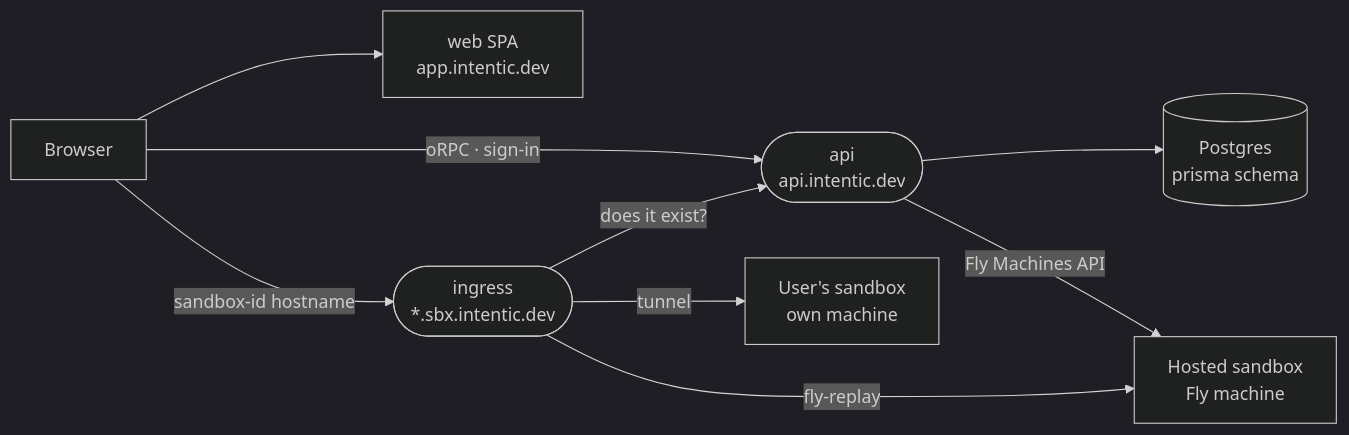
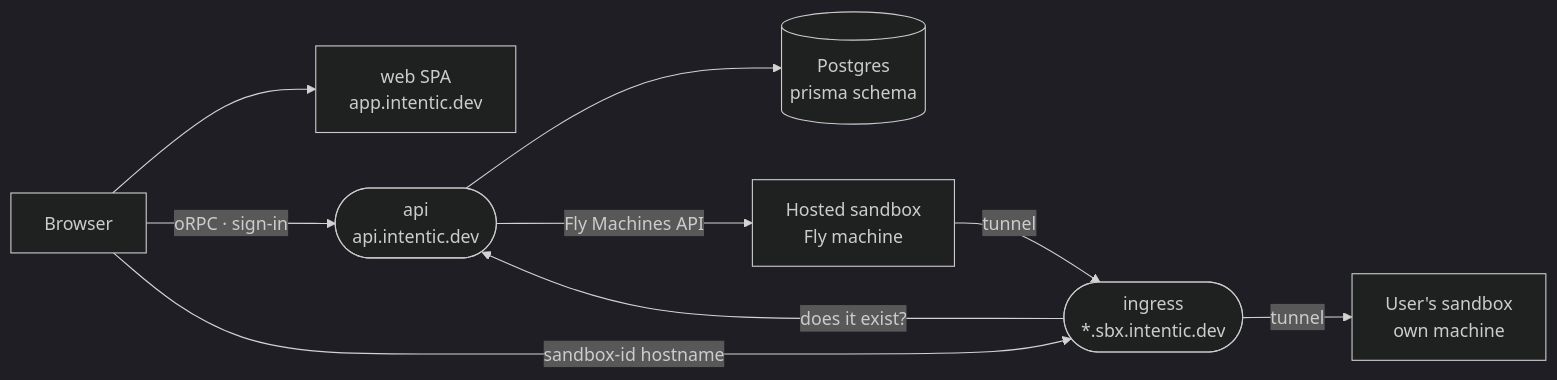
The diagram in _platform/README.md (intentic/intentic), drawn with Mermaid (dark theme) before and after one commit. The commit also changed other lines of this file and 43 other files, not shown here.

First line of the commit message:
refactor(ingress): drop fly-replay from Edge and route hosted sandboxes via tunnel

````diff
--- a/_platform/README.md
+++ b/_platform/README.md
@@ -5,11 +5,11 @@
 ```mermaid
 flowchart LR
     browser["Browser"] --> web["web SPA<br/>app.intentic.dev"]
     browser -- "oRPC · sign-in" --> api(["api<br/>api.intentic.dev"])
     api --> db[("Postgres<br/>prisma schema")]
     api -- "Fly Machines API" --> hosted["Hosted sandbox<br/>Fly machine"]
     browser -- "sandbox-id hostname" --> ingress(["ingress<br/>*.sbx.intentic.dev"])
     ingress -- "does it exist?" --> api
     ingress -- "tunnel" --> own["User's sandbox<br/>own machine"]
-    ingress -- "fly-replay" --> hosted
+    hosted -- "tunnel" --> ingress
 ```
````
